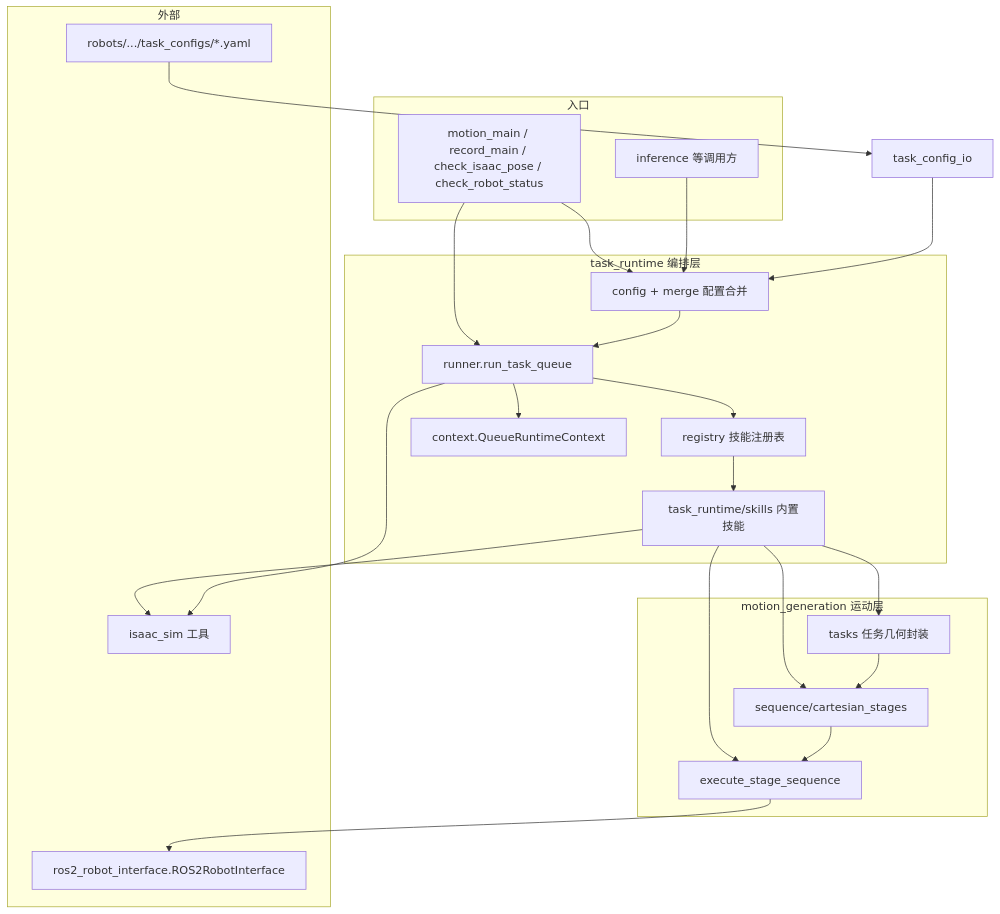
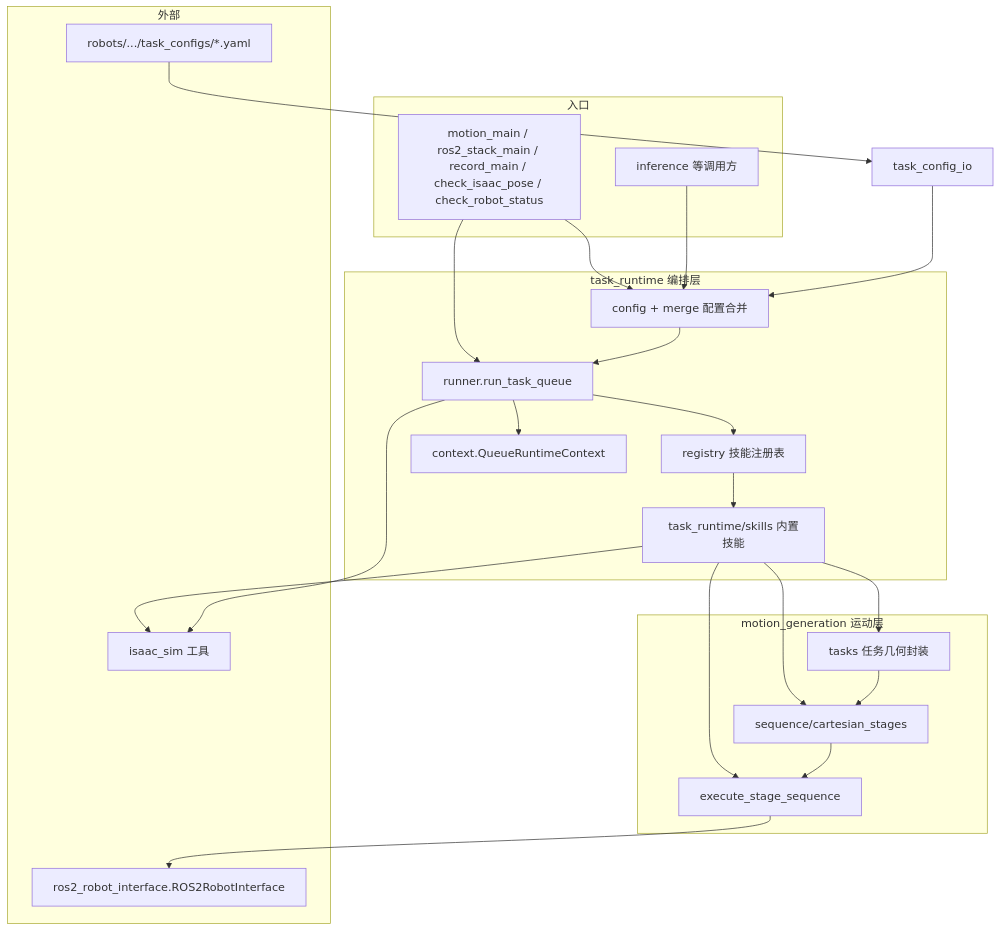
One commit to fiveages-sim/robot_action_composer changed the diagram in README.md. Above: the diagram before and after it, drawn with Mermaid. The commit also changed other lines of this file and 17 other files, not shown here.

Commit message:
add ros2 stack quick start

````diff
--- a/README.md
+++ b/README.md
@@ -40,45 +41,45 @@
 ```mermaid
 flowchart TB
   subgraph entry [入口]
-    CLI[motion_main / record_main / check_isaac_pose / check_robot_status]
+    CLI[motion_main / ros2_stack_main / record_main / check_isaac_pose / check_robot_status]
     INF[inference 等调用方]
   end
 
   subgraph tr [task_runtime 编排层]
     R[runner.run_task_queue]
     REG[registry 技能注册表]
     SK[task_runtime/skills 内置技能]
     CFG[config + merge 配置合并]
     CTX[context.QueueRuntimeContext]
   end
 
   subgraph mg [motion_generation 运动层]
     SEQ[sequence/cartesian_stages]
     TSK[tasks 任务几何封装]
     EX[execute_stage_sequence]
   end
 
   subgraph ext [外部]
     RI[ros2_robot_interface.ROS2RobotInterface]
     ISA[isaac_sim 工具]
     YAML[robots/.../task_configs/*.yaml]
   end
 
   CLI --> CFG
   CLI --> R
   INF --> CFG
   YAML --> task_config_io
   task_config_io --> CFG
   CFG --> R
   R --> CTX
   R --> REG
   REG --> SK
   SK --> SEQ
   SK --> TSK
   TSK --> SEQ
   SK --> EX
   SEQ --> EX
   EX --> RI
   SK --> ISA
   R --> ISA
 ```
````
